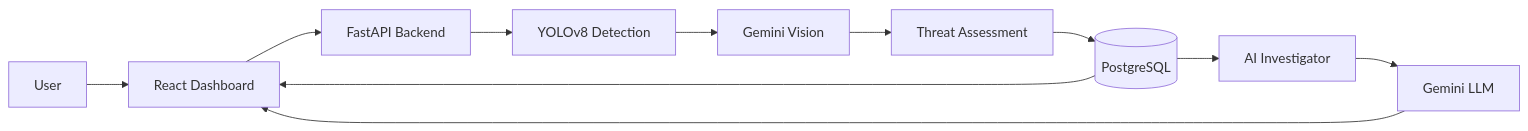
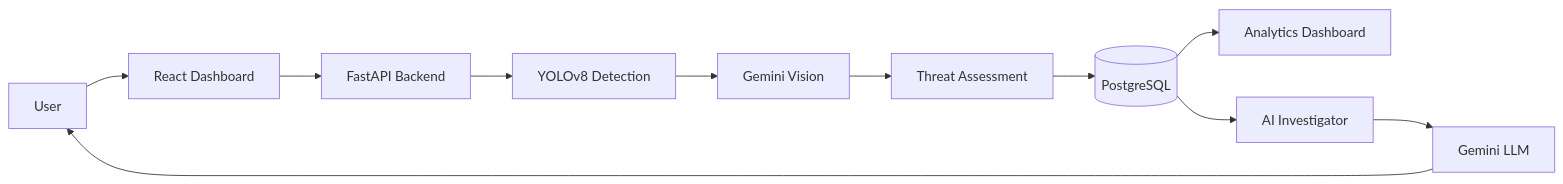
Before and after one commit to ajaysathriai-afk/Drone-Sentinel-Agent: the first of 5 diagrams in README.md, drawn with Mermaid. The commit also changed other lines of this file, not shown here.

````diff
--- a/README.md
+++ b/README.md
@@ -156,41 +76,13 @@
 ```mermaid
 flowchart LR
-
-    U[User]
-
-    F[React Dashboard]
-
-    API[FastAPI Backend]
-
-    YOLO[YOLOv8 Detection]
-
-    GEMINI[Gemini Vision]
-
-    THREAT[Threat Assessment]
-
-    DB[(PostgreSQL)]
-
-    INVESTIGATOR[AI Investigator]
-
-    LLM[Gemini LLM]
-
-    U --> F
-
-    F --> API
-
-    API --> YOLO
-
-    YOLO --> GEMINI
-
-    GEMINI --> THREAT
-
-    THREAT --> DB
-
-    DB --> F
-
-    DB --> INVESTIGATOR
-
-    INVESTIGATOR --> LLM
-
-    LLM --> F
+    A[User] --> B[React Dashboard]
+    B --> C[FastAPI Backend]
+    C --> D[YOLOv8 Detection]
+    D --> E[Gemini Vision]
+    E --> F[Threat Assessment]
+    F --> G[(PostgreSQL)]
+    G --> H[Analytics Dashboard]
+    G --> I[AI Investigator]
+    I --> J[Gemini LLM]
+    J --> A
 ```
````
